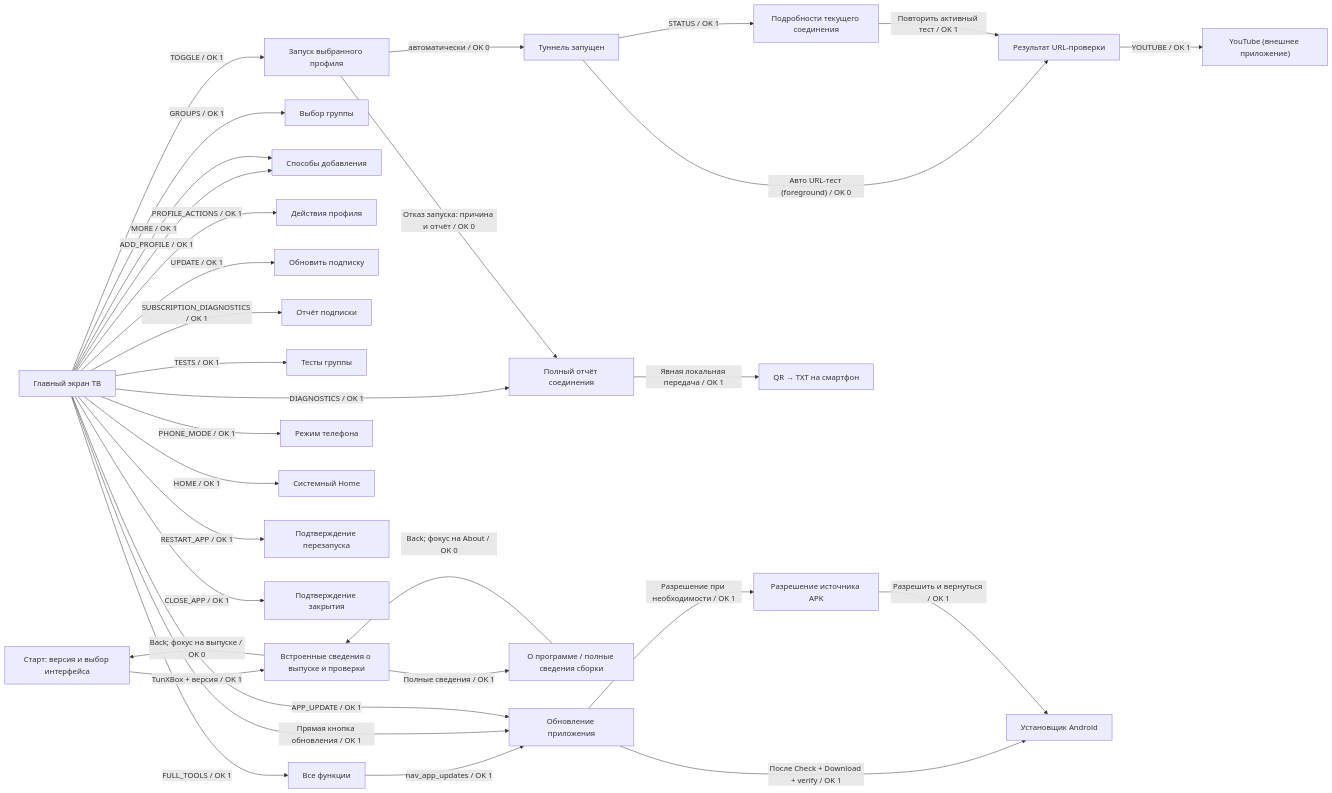
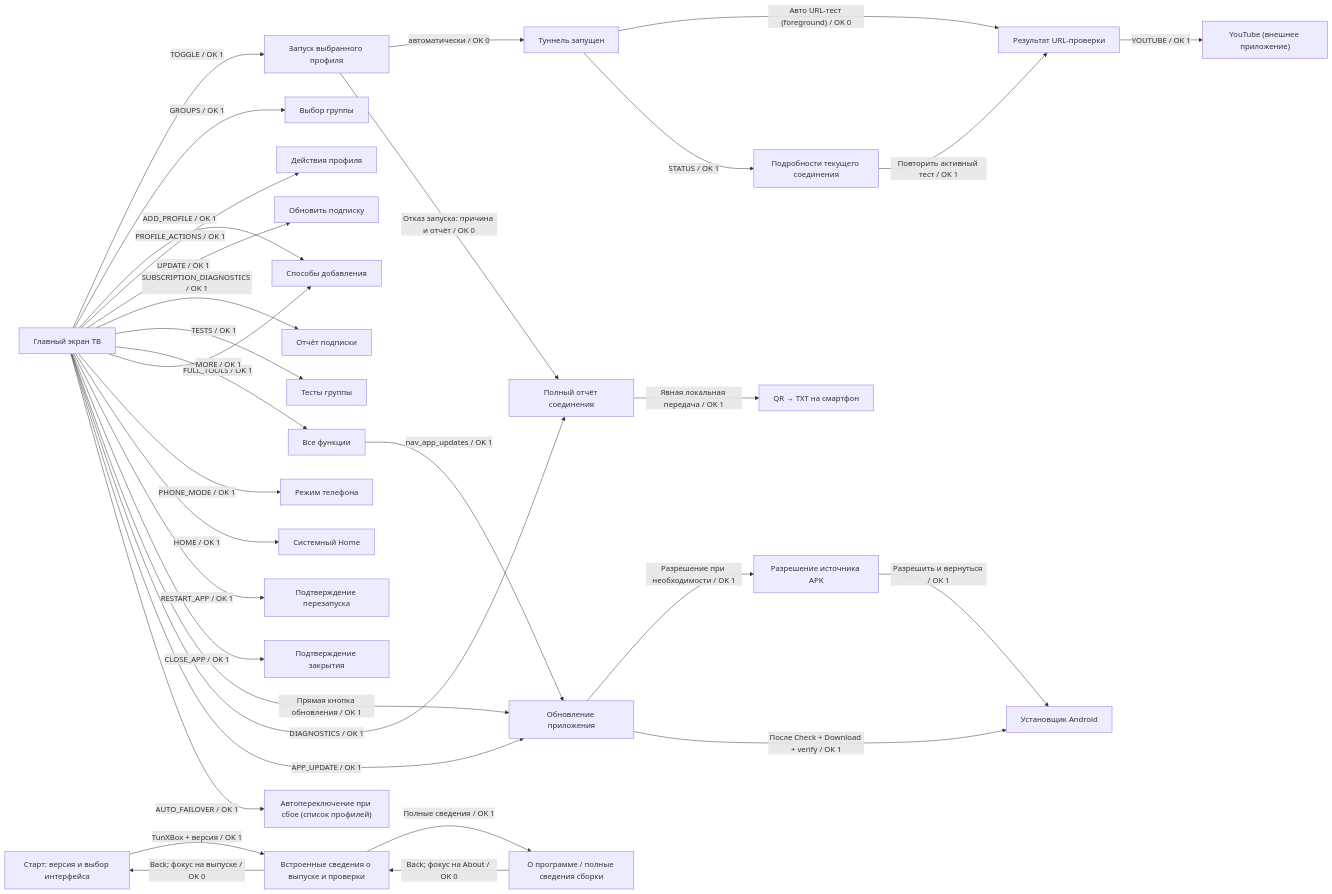
The diagram in docs/tv-navigation.md (LeonidYasin/TunXBox), drawn with Mermaid before and after one commit. The commit also changed other lines of this file and 2 other files, not shown here.

Commit message:
test(tv): map the auto-failover action in the navigation graph
The source-linked TV graph requires every handleAction id to have an
edge; add AUTO_FAILOVER and refresh the generated navigation doc.

````diff
--- a/docs/tv-navigation.md
+++ b/docs/tv-navigation.md
@@ -5,59 +5,61 @@
 ```mermaid
 flowchart LR
     TV["Главный экран ТВ"]
     CONNECT["Запуск выбранного профиля"]
     CONNECTED["Туннель запущен"]
     HEALTH["Результат URL-проверки"]
     STATUS["Подробности текущего соединения"]
     YOUTUBE["YouTube (внешнее приложение)"]
     GROUPS["Выбор группы"]
     ADD["Способы добавления"]
     PROFILE_ACTIONS["Действия профиля"]
     SUB_UPDATE["Обновить подписку"]
     SUB_REPORT["Отчёт подписки"]
     GROUP_TESTS["Тесты группы"]
     ALL_TOOLS["Все функции"]
     PHONE["Режим телефона"]
     HOME["Системный Home"]
     RESTART["Подтверждение перезапуска"]
     CLOSE["Подтверждение закрытия"]
     UPDATER["Обновление приложения"]
     INSTALLER["Установщик Android"]
     PERMISSION["Разрешение источника APK"]
     MODE["Старт: версия и выбор интерфейса"]
     ABOUT["О программе / полные сведения сборки"]
     RELEASE["Встроенные сведения о выпуске и проверки"]
     DIAGNOSTICS["Полный отчёт соединения"]
     REPORT_PHONE["QR → TXT на смартфон"]
+    AUTO_FAILOVER["Автопереключение при сбое (список профилей)"]
     TV -->|"TOGGLE / OK 1"| CONNECT
     CONNECT -->|"автоматически / OK 0"| CONNECTED
     CONNECTED -->|"Авто URL-тест (foreground) / OK 0"| HEALTH
     CONNECTED -->|"STATUS / OK 1"| STATUS
     STATUS -->|"Повторить активный тест / OK 1"| HEALTH
     HEALTH -->|"YOUTUBE / OK 1"| YOUTUBE
     TV -->|"GROUPS / OK 1"| GROUPS
     TV -->|"ADD_PROFILE / OK 1"| ADD
     TV -->|"PROFILE_ACTIONS / OK 1"| PROFILE_ACTIONS
     TV -->|"UPDATE / OK 1"| SUB_UPDATE
     TV -->|"SUBSCRIPTION_DIAGNOSTICS / OK 1"| SUB_REPORT
     TV -->|"TESTS / OK 1"| GROUP_TESTS
     TV -->|"FULL_TOOLS / OK 1"| ALL_TOOLS
     TV -->|"MORE / OK 1"| ADD
     TV -->|"PHONE_MODE / OK 1"| PHONE
     TV -->|"HOME / OK 1"| HOME
     TV -->|"RESTART_APP / OK 1"| RESTART
     TV -->|"CLOSE_APP / OK 1"| CLOSE
     ALL_TOOLS -->|"nav_app_updates / OK 1"| UPDATER
     UPDATER -->|"Разрешение при необходимости / OK 1"| PERMISSION
     UPDATER -->|"После Check + Download + verify / OK 1"| INSTALLER
     PERMISSION -->|"Разрешить и вернуться / OK 1"| INSTALLER
     TV -->|"Прямая кнопка обновления / OK 1"| UPDATER
     MODE -->|"TunXBox + версия / OK 1"| RELEASE
     RELEASE -->|"Полные сведения / OK 1"| ABOUT
     ABOUT -->|"Back; фокус на About / OK 0"| RELEASE
     RELEASE -->|"Back; фокус на выпуске / OK 0"| MODE
     TV -->|"DIAGNOSTICS / OK 1"| DIAGNOSTICS
     DIAGNOSTICS -->|"Явная локальная передача / OK 1"| REPORT_PHONE
     CONNECT -->|"Отказ запуска: причина и отчёт / OK 0"| DIAGNOSTICS
     TV -->|"APP_UPDATE / OK 1"| UPDATER
+    TV -->|"AUTO_FAILOVER / OK 1"| AUTO_FAILOVER
 ```
````
